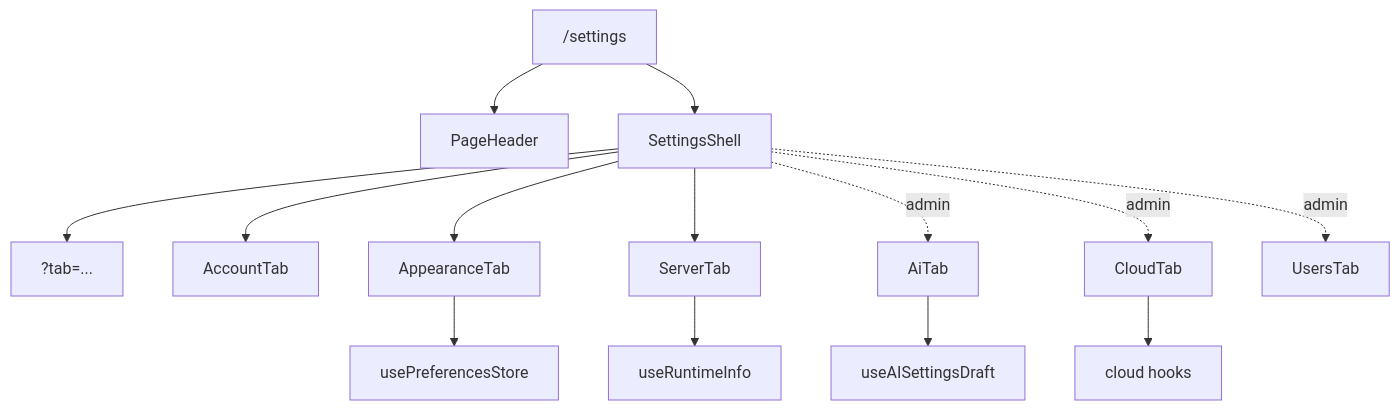
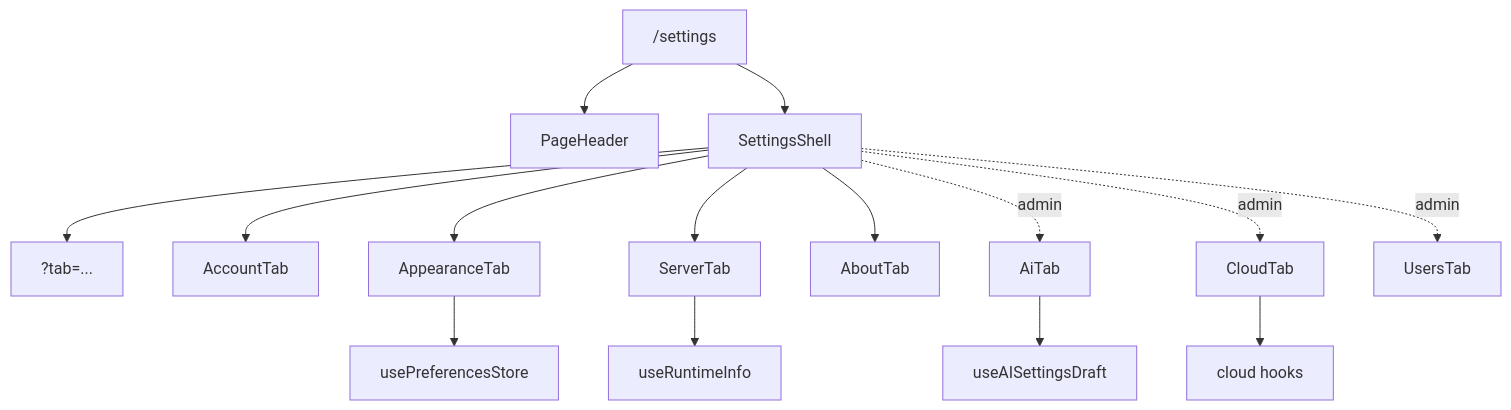
One commit to EdwinZhanCN/Lumilio-Photos changed the diagram in web/src/features/settings/doc.md. Above: the diagram before and after it, drawn with Mermaid. The commit also changed other lines of this file and 5 other files, not shown here.

````diff
--- a/web/src/features/settings/doc.md
+++ b/web/src/features/settings/doc.md
@@ -55,16 +55,17 @@
 ```mermaid
 flowchart TD
     ROUTE["/settings"] --> HEADER["PageHeader"]
     ROUTE --> SHELL["SettingsShell"]
     SHELL --> URL["?tab=..."]
     SHELL --> ACCOUNT["AccountTab"]
     SHELL --> APPEAR["AppearanceTab"]
     SHELL --> SERVER["ServerTab"]
+    SHELL --> ABOUT["AboutTab"]
     SHELL -. admin .-> AI["AiTab"]
     SHELL -. admin .-> CLOUD["CloudTab"]
     SHELL -. admin .-> USERS["UsersTab"]
     APPEAR --> PREFS["usePreferencesStore"]
     SERVER --> RUNTIME["useRuntimeInfo"]
     AI --> DRAFT["useAISettingsDraft"]
     CLOUD --> CLOUDAPI["cloud hooks"]
 ```
````
